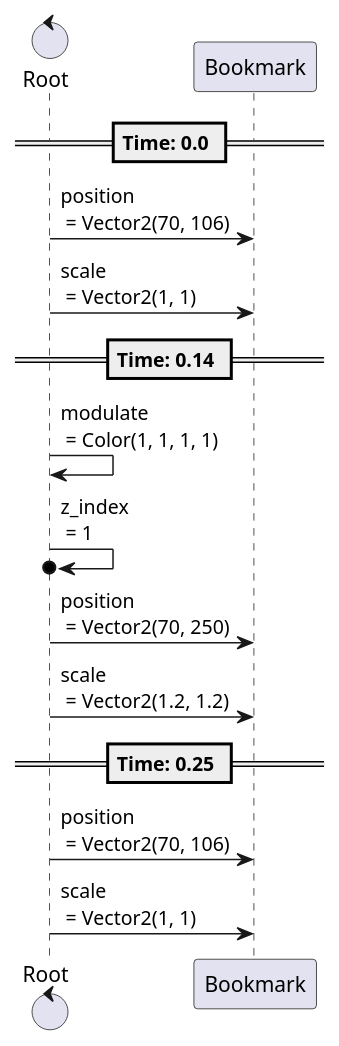
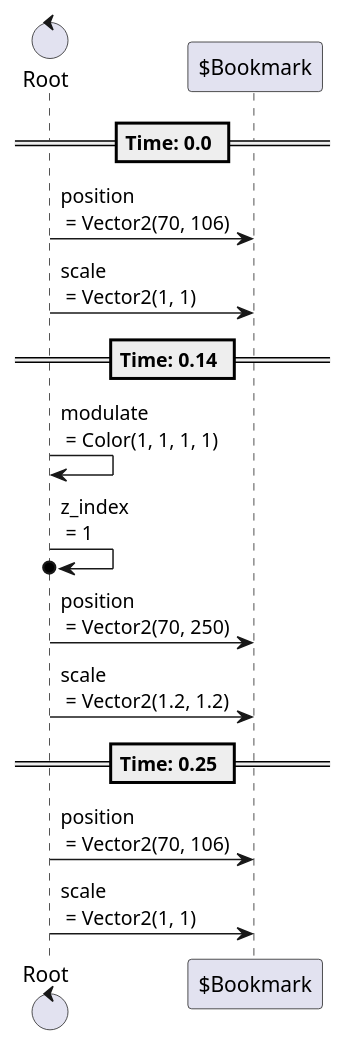
One commit to tkmfujise/Platformer-Game-Learning changed the third of 4 diagrams in content/scenes/src/beginning/chapters/menu/bookmark/bookmark.tscn.adoc. Above: the diagram before and after it, drawn with PlantUML. The commit also changed other lines of this file and 31 other files, not shown here.

Commit message:
Add prefix $ to node name in animation sequences

```diff
--- a/content/scenes/src/beginning/chapters/menu/bookmark/bookmark.tscn.adoc
+++ b/content/scenes/src/beginning/chapters/menu/bookmark/bookmark.tscn.adoc
@@ -81,21 +81,21 @@
 [plantuml]
 ....
-control "Root" as Root
-participant "Bookmark" as T2
+control "Root" as R
+participant "$Bookmark" as T2
 
 
 
 == Time: 0.0 ==
-Root  ->  T2 : position\n = Vector2(70, 106)
-Root  ->  T2 : scale\n = Vector2(1, 1)
+R  ->  T2 : position\n = Vector2(70, 106)
+R  ->  T2 : scale\n = Vector2(1, 1)
 == Time: 0.14 ==
-Root  ->  Root : modulate\n = Color(1, 1, 1, 1)
-Root  ->o  Root : z_index\n = 1
-Root  ->  T2 : position\n = Vector2(70, 250)
-Root  ->  T2 : scale\n = Vector2(1.2, 1.2)
+R  ->  R : modulate\n = Color(1, 1, 1, 1)
+R  ->o  R : z_index\n = 1
+R  ->  T2 : position\n = Vector2(70, 250)
+R  ->  T2 : scale\n = Vector2(1.2, 1.2)
 == Time: 0.25 ==
-Root  ->  T2 : position\n = Vector2(70, 106)
-Root  ->  T2 : scale\n = Vector2(1, 1)
+R  ->  T2 : position\n = Vector2(70, 106)
+R  ->  T2 : scale\n = Vector2(1, 1)
 
 
 ....
```
